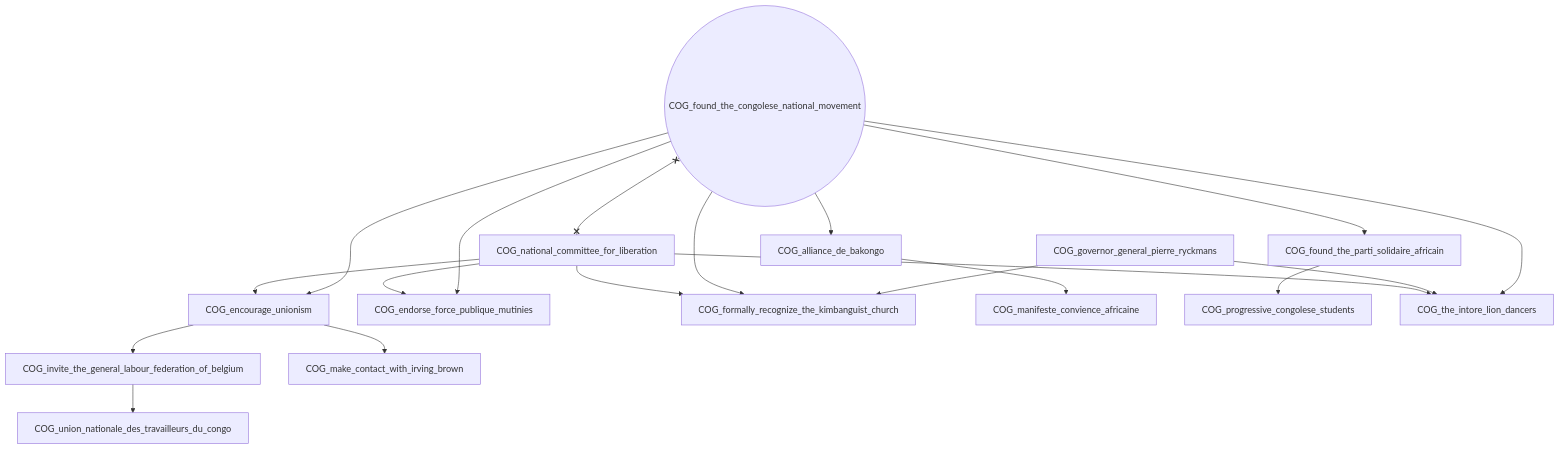
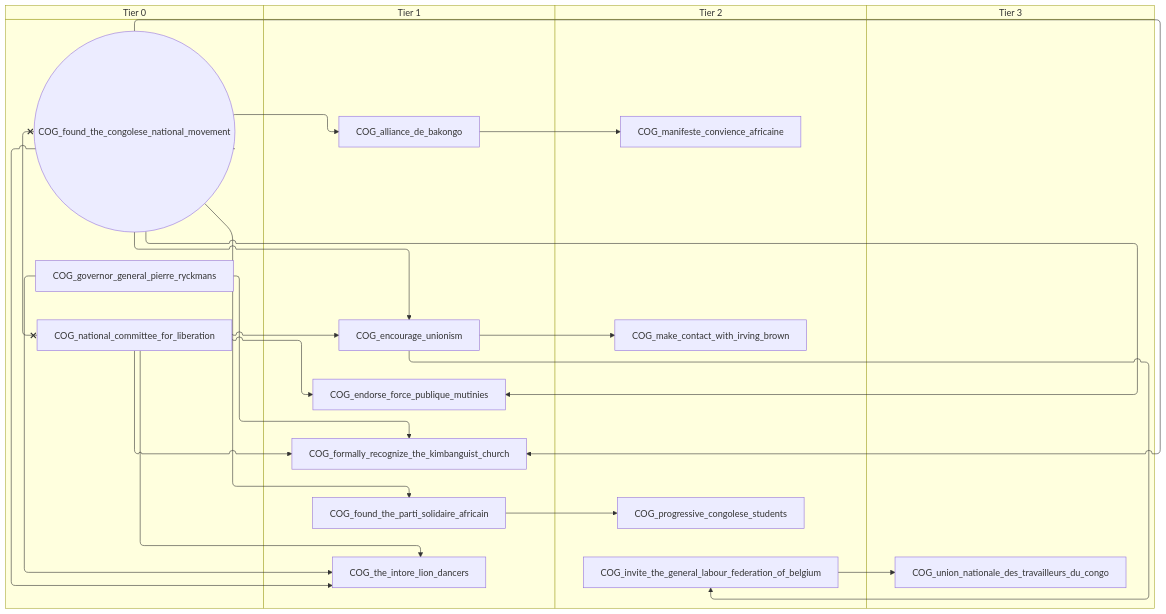
Before and after one commit to evgeny-sobol/hoi4-sandbox-mode-r56: the sixth of 10 diagrams in docs/gdd/National Focuses/r56/congo.md, drawn with Mermaid. The commit also changed other lines of this file and 423 other files, not shown here.

First line of the commit message:
Re-export Rt56 focus trees as swimlane diagrams

````diff
--- a/docs/gdd/National Focuses/r56/congo.md
+++ b/docs/gdd/National Focuses/r56/congo.md
@@ -236,35 +274,43 @@
 ```mermaid
-flowchart TD
-    n90["COG_alliance_de_bakongo"]
-    n91["COG_encourage_unionism"]
-    n92["COG_endorse_force_publique_mutinies"]
-    n93["COG_formally_recognize_the_kimbanguist_church"]
-    n94(("COG_found_the_congolese_national_movement"))
-    n95["COG_found_the_parti_solidaire_africain"]
-    n96["COG_governor_general_pierre_ryckmans"]
-    n97["COG_invite_the_general_labour_federation_of_belgium"]
-    n98["COG_make_contact_with_irving_brown"]
-    n99["COG_manifeste_convience_africaine"]
-    n100["COG_national_committee_for_liberation"]
-    n101["COG_progressive_congolese_students"]
-    n102["COG_the_intore_lion_dancers"]
-    n103["COG_union_nationale_des_travailleurs_du_congo"]
-    n94 --> n90
-    n94 --> n91
-    n100 --> n91
-    n94 --> n92
-    n100 --> n92
-    n96 --> n93
-    n94 --> n93
-    n100 --> n93
-    n94 --> n95
-    n91 --> n97
+swimlane-beta TD
+    subgraph tier_0["Tier 0"]
+        n90(("COG_found_the_congolese_national_movement"))
+        n91["COG_governor_general_pierre_ryckmans"]
+        n92["COG_national_committee_for_liberation"]
+    end
+    subgraph tier_1["Tier 1"]
+        n93["COG_alliance_de_bakongo"]
+        n94["COG_encourage_unionism"]
+        n95["COG_endorse_force_publique_mutinies"]
+        n96["COG_formally_recognize_the_kimbanguist_church"]
+        n97["COG_found_the_parti_solidaire_africain"]
+        n98["COG_the_intore_lion_dancers"]
+    end
+    subgraph tier_2["Tier 2"]
+        n99["COG_invite_the_general_labour_federation_of_belgium"]
+        n100["COG_make_contact_with_irving_brown"]
+        n101["COG_manifeste_convience_africaine"]
+        n102["COG_progressive_congolese_students"]
+    end
+    subgraph tier_3["Tier 3"]
+        n103["COG_union_nationale_des_travailleurs_du_congo"]
+    end
+    n90 --> n93
+    n90 --> n94
+    n92 --> n94
+    n90 --> n95
+    n92 --> n95
+    n91 --> n96
+    n90 --> n96
+    n92 --> n96
+    n90 --> n97
+    n94 --> n99
+    n94 --> n100
+    n93 --> n101
+    n97 --> n102
+    n90 --> n98
     n91 --> n98
-    n90 --> n99
-    n95 --> n101
-    n94 --> n102
-    n96 --> n102
-    n100 --> n102
-    n97 --> n103
-    n94 x--x n100
+    n92 --> n98
+    n99 --> n103
+    n90 x--x n92
 ```
````
